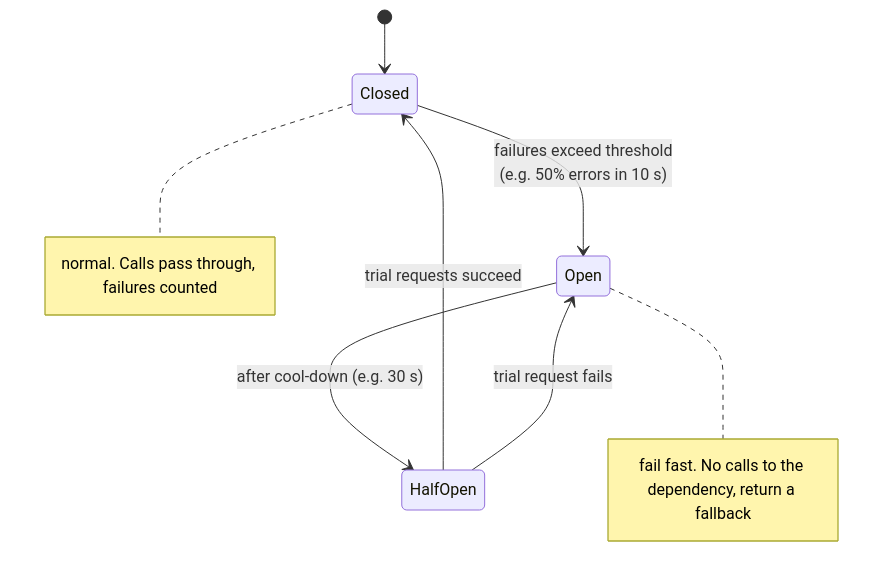
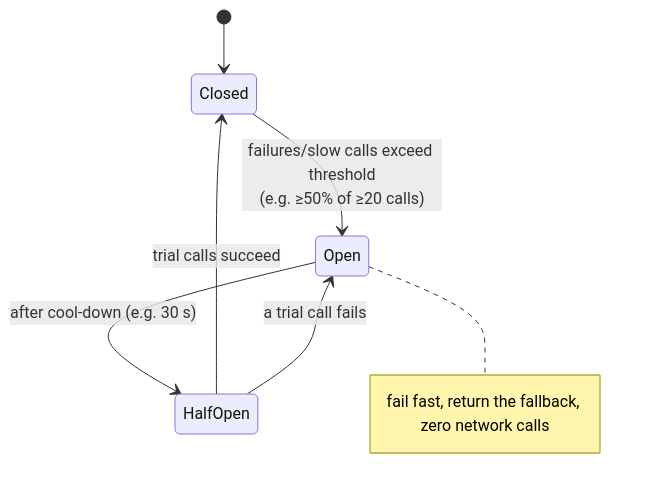
Before and after one commit to winnyboy5/System-Design-from-Atoms: the first of 2 diagrams in phases/08-reliability-ops/064-circuit-breakers-and-bulkheads.md, drawn with Mermaid. The commit also changed other lines of this file and 9 other files, not shown here.

````diff
--- a/phases/08-reliability-ops/064-circuit-breakers-and-bulkheads.md
+++ b/phases/08-reliability-ops/064-circuit-breakers-and-bulkheads.md
@@ -24,10 +36,9 @@
 ```mermaid
 stateDiagram-v2
     [*] --> Closed
-    Closed --> Open: failures exceed threshold<br/>(e.g. 50% errors in 10 s)
+    Closed --> Open: failures/slow calls exceed threshold<br/>(e.g. ≥50% of ≥20 calls)
     Open --> HalfOpen: after cool-down (e.g. 30 s)
-    HalfOpen --> Closed: trial requests succeed
-    HalfOpen --> Open: trial request fails
-    note right of Closed: normal. Calls pass through, failures counted
-    note right of Open: fail fast. No calls to the dependency, return a fallback
+    HalfOpen --> Closed: trial calls succeed
+    HalfOpen --> Open: a trial call fails
+    note right of Open: fail fast, return the fallback, zero network calls
 ```
````
